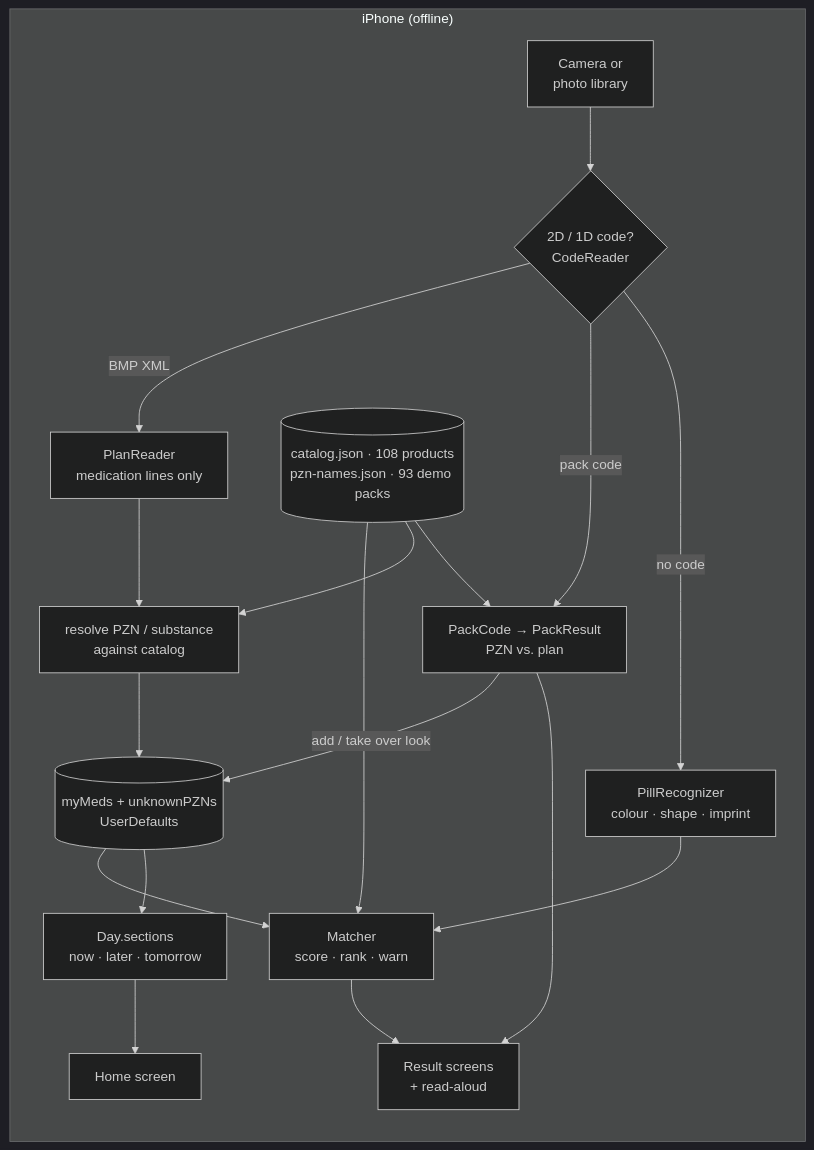
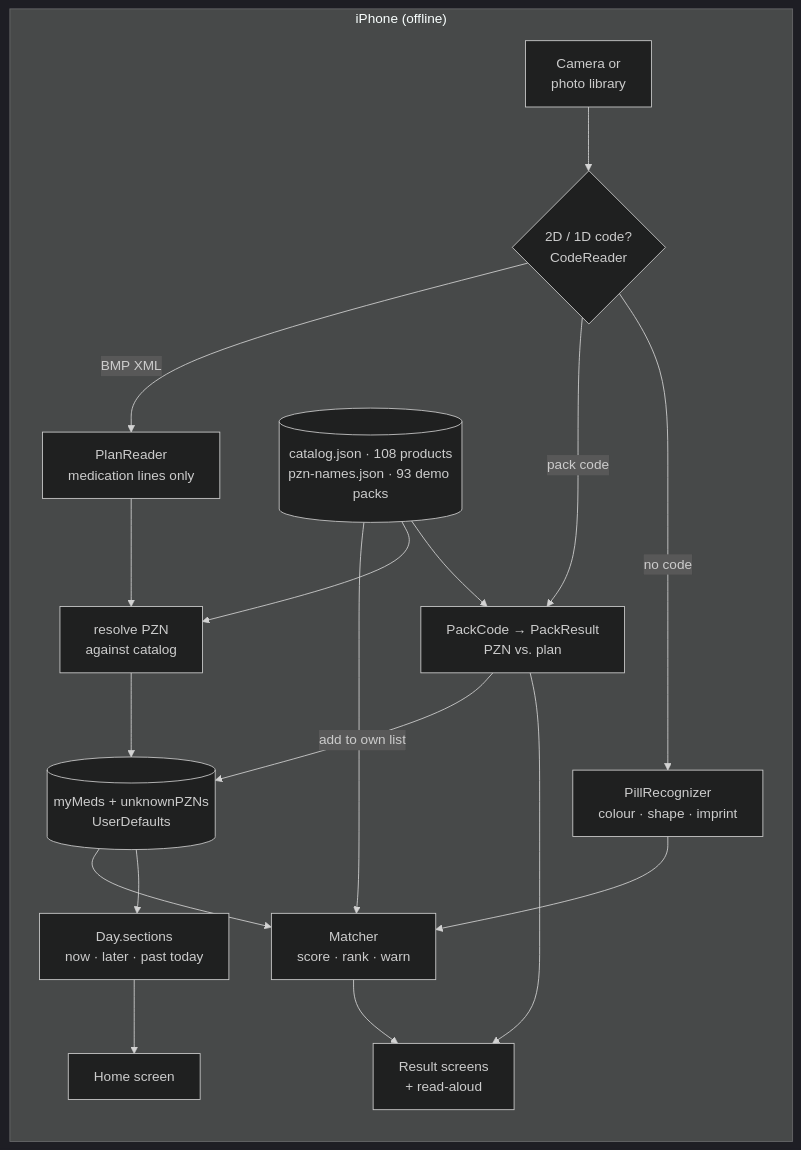
Before and after one commit to Rebell-Leader/BlisterKompass: the first of 2 diagrams in ARCHITECTURE.md, drawn with Mermaid (dark theme). The commit also changed other lines of this file and 36 other files, not shown here.

````diff
--- a/ARCHITECTURE.md
+++ b/ARCHITECTURE.md
@@ -8,21 +8,21 @@
 ```mermaid
 flowchart LR
     subgraph Phone["iPhone (offline)"]
         Cam["Camera or<br/>photo library"] --> Code{"2D / 1D code?<br/>CodeReader"}
         Code -- "BMP XML" --> Reader["PlanReader<br/>medication lines only"]
-        Reader --> Resolve["resolve PZN / substance<br/>against catalog"]
+        Reader --> Resolve["resolve PZN<br/>against catalog"]
         Resolve --> Plan[("myMeds + unknownPZNs<br/>UserDefaults")]
         Code -- "pack code" --> Pack["PackCode → PackResult<br/>PZN vs. plan"]
-        Pack -- "add / take over look" --> Plan
+        Pack -- "add to own list" --> Plan
         Code -- "no code" --> Rec["PillRecognizer<br/>colour · shape · imprint"]
         Rec --> Match["Matcher<br/>score · rank · warn"]
         Plan --> Match
-        Plan --> Day["Day.sections<br/>now · later · tomorrow"]
+        Plan --> Day["Day.sections<br/>now · later · past today"]
         Cat[("catalog.json · 108 products<br/>pzn-names.json · 93 demo packs")] --> Match
         Cat --> Resolve
         Cat --> Pack
         Day --> Home["Home screen"]
         Match --> UI["Result screens<br/>+ read-aloud"]
         Pack --> UI
     end
 ```
````
